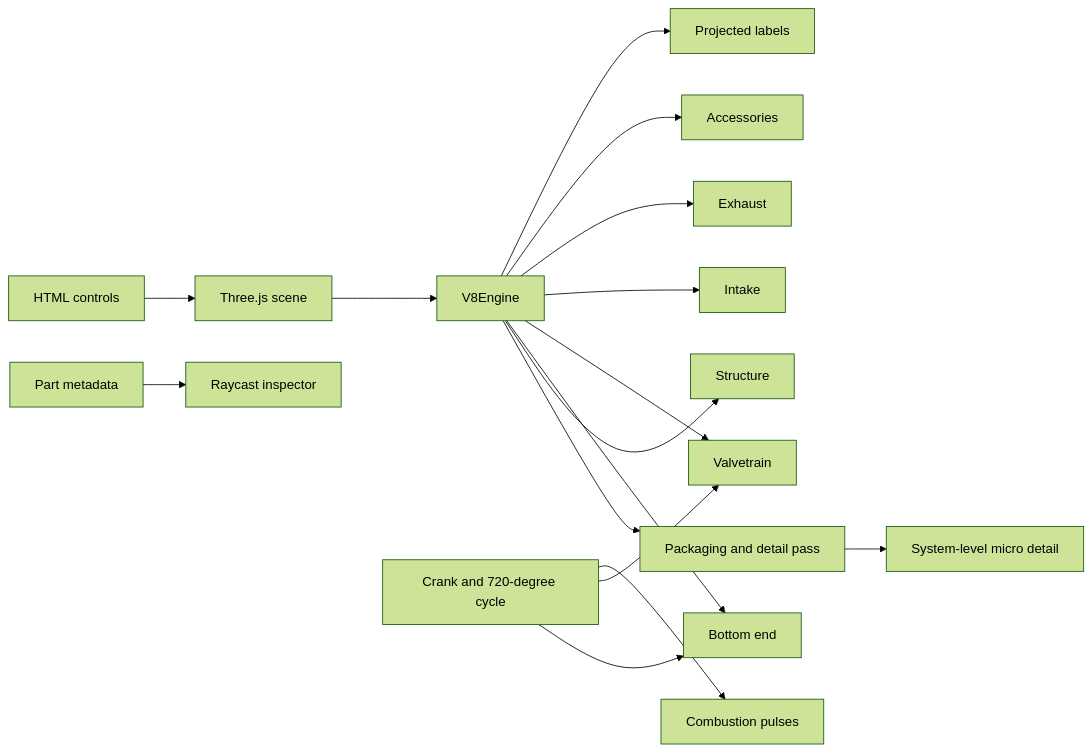
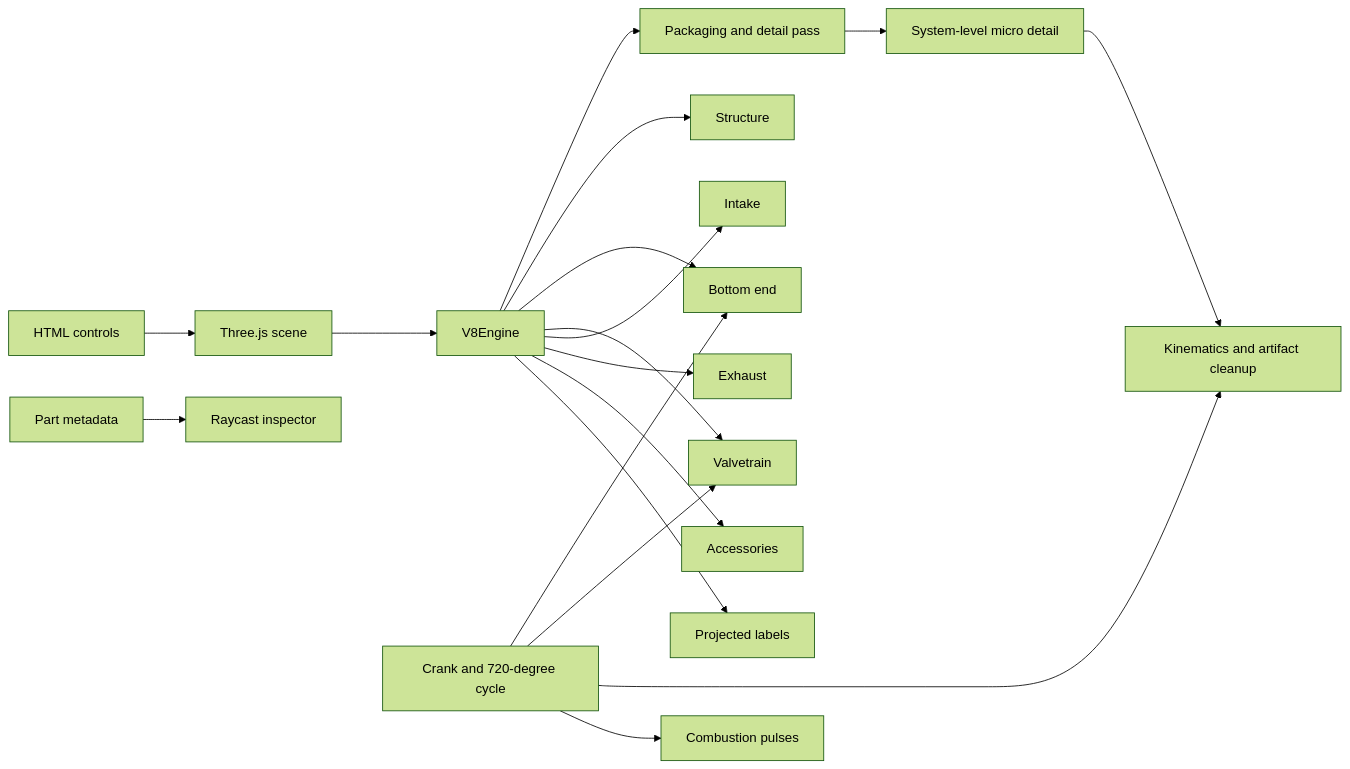
One commit to ahojukka5/v8_engine changed the diagram in README.md. Above: the diagram before and after it, drawn with Mermaid (forest theme). The commit also changed other lines of this file, not shown here.

Commit message:
Document resolved valvetrain kinematics and cleanup

````diff
--- a/README.md
+++ b/README.md
@@ -108,18 +120,20 @@
 ```mermaid
 flowchart LR
     UI[HTML controls] --> Scene[Three.js scene]
     Scene --> Engine[V8Engine]
     Engine --> DetailPass[Packaging and detail pass]
     DetailPass --> MicroDetail[System-level micro detail]
+    MicroDetail --> Cleanup[Kinematics and artifact cleanup]
     Engine --> Structure[Structure]
     Engine --> Rotating[Bottom end]
     Engine --> Valvetrain[Valvetrain]
     Engine --> Intake[Intake]
     Engine --> Exhaust[Exhaust]
     Engine --> Accessories[Accessories]
     Clock[Crank and 720-degree cycle] --> Rotating
     Clock --> Valvetrain
+    Clock --> Cleanup
     Clock --> Fire[Combustion pulses]
     Metadata[Part metadata] --> Picking[Raycast inspector]
     Engine --> Labels[Projected labels]
 ```
````
